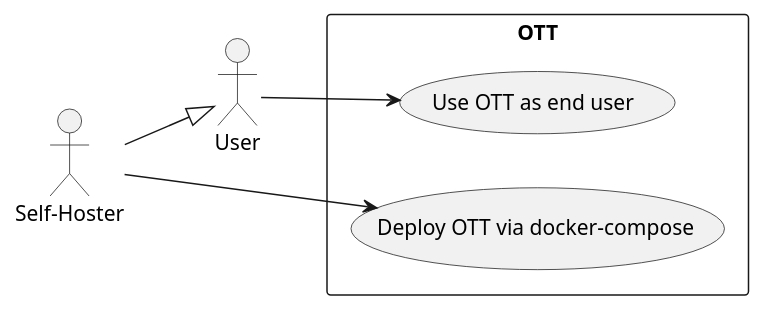
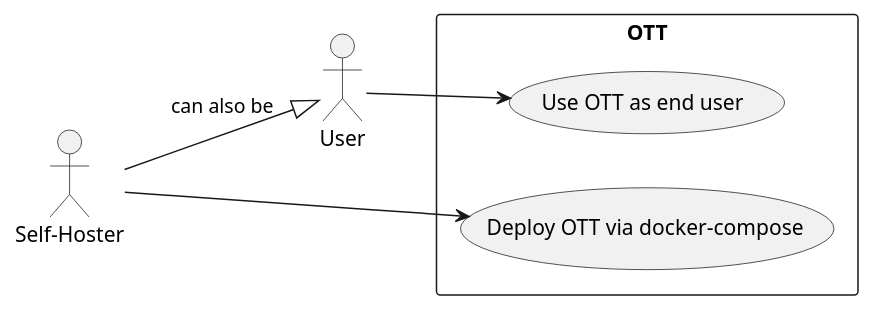
Before and after one commit to dyc3/senior-design: the diagram in figures/use-case-self-host.puml, drawn with PlantUML.

```diff
--- a/figures/use-case-self-host.puml
+++ b/figures/use-case-self-host.puml
@@ -1,12 +1,12 @@
 @startuml
 left to right direction
 actor "Self-Hoster" as hoster
 actor "User" as user
 rectangle OTT {
   usecase "Deploy OTT via docker-compose" as UC1
   usecase "Use OTT as end user" as UC2
 }
 hoster --> UC1
-hoster --|> user
+hoster --|> user : can also be
 user --> UC2
 @enduml
```
